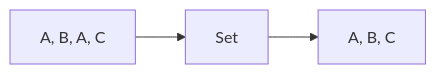
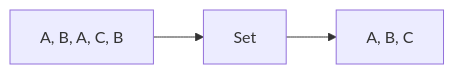
Before and after one commit to mthaiseer/springcloud-systemdesign-notes: the seventh of 25 diagrams in HLD_NOTES/003_TECHNOLOGY_DEEP_DIVE/core-java/java_collections_quick_ref.md, drawn with Mermaid. The commit also changed other lines of this file, not shown here.

````diff
--- a/HLD_NOTES/003_TECHNOLOGY_DEEP_DIVE/core-java/java_collections_quick_ref.md
+++ b/HLD_NOTES/003_TECHNOLOGY_DEEP_DIVE/core-java/java_collections_quick_ref.md
@@ -269,4 +256,5 @@
 ```mermaid
 flowchart LR
-    Input["A, B, A, C"] --> Set["Set"] --> Output["A, B, C"]
+    Input[A, B, A, C, B] --> Set[Set]
+    Set --> Output[A, B, C]
 ```
````
